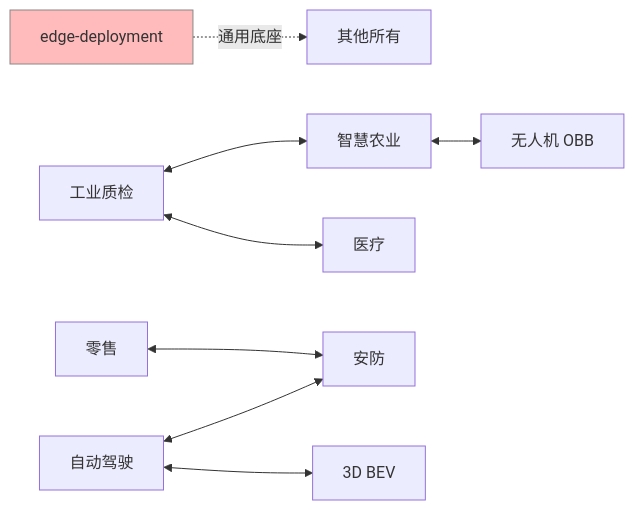
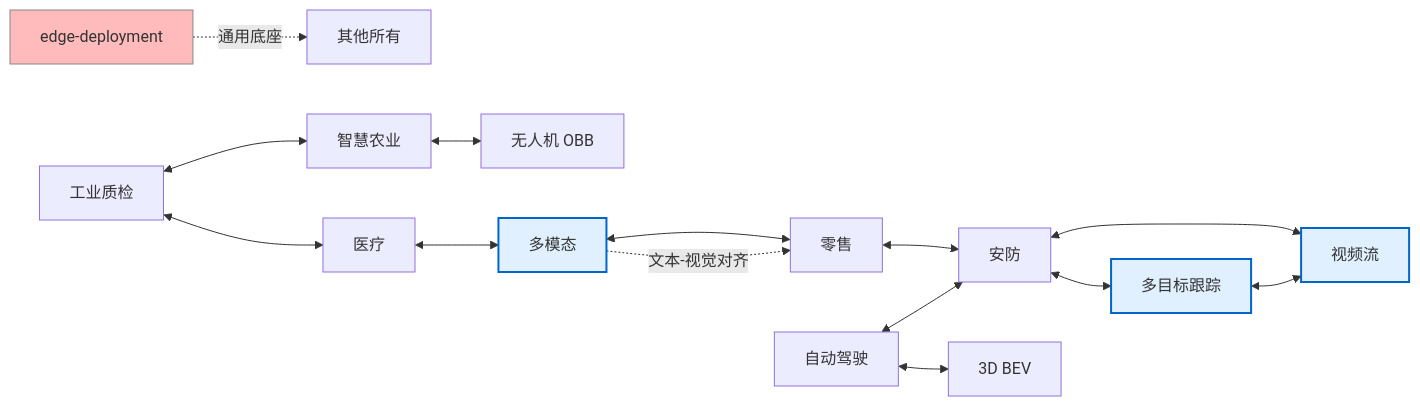
The second of 2 diagrams in docs/cases/compare.md (yejinlei/agent-yolo), drawn with Mermaid before and after one commit. The commit also changed other lines of this file and 3 other files, not shown here.

Commit message:
docs: add Batch 4 (case cross-compare, matrix expansion, timeline viz, glossary bilingual)

````diff
--- a/docs/cases/compare.md
+++ b/docs/cases/compare.md
@@ -192,17 +235,27 @@
 ```mermaid
 flowchart LR
   EDGE[edge-deployment] -.通用底座.-> ALL[其他所有]
 
   IND[工业质检] <--> AGRI[智慧农业]
   IND <--> MED[医疗]
 
   AUTO[自动驾驶] <--> SEC[安防]
   AUTO <--> BEV[3D BEV]
 
   RETAIL[零售] <--> SEC
 
   AGRI <--> DRONE[无人机 OBB]
 
+  SEC <--> MOT[多目标跟踪]
+  MOT <--> VSTREAM[视频流]
+  SEC <--> VSTREAM
+
+  RETAIL <--> MM[多模态]
+  MED <--> MM
+  MM -.文本-视觉对齐.-> RETAIL
+
   classDef core fill:#fbb,stroke:#888
   class EDGE core
+  classDef new fill:#e0f0ff,stroke:#06c,stroke-width:2px
+  class MOT,VSTREAM,MM new
 ```
````
